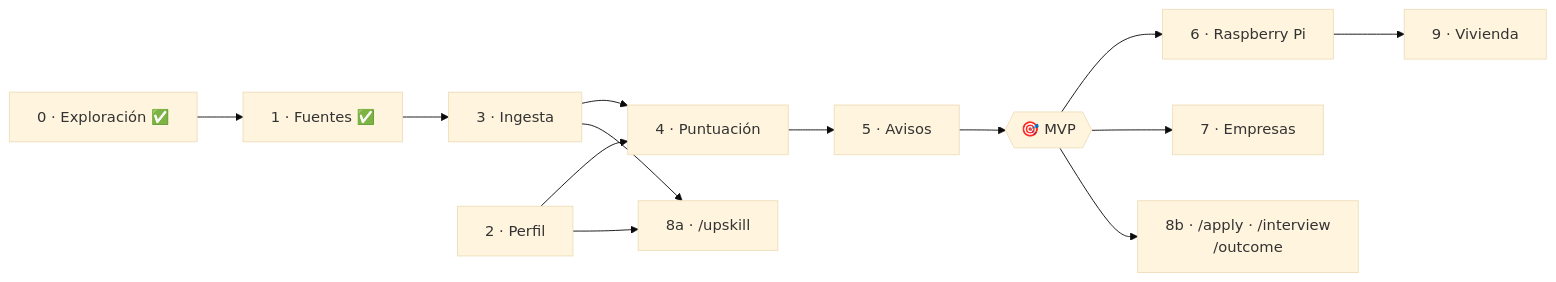
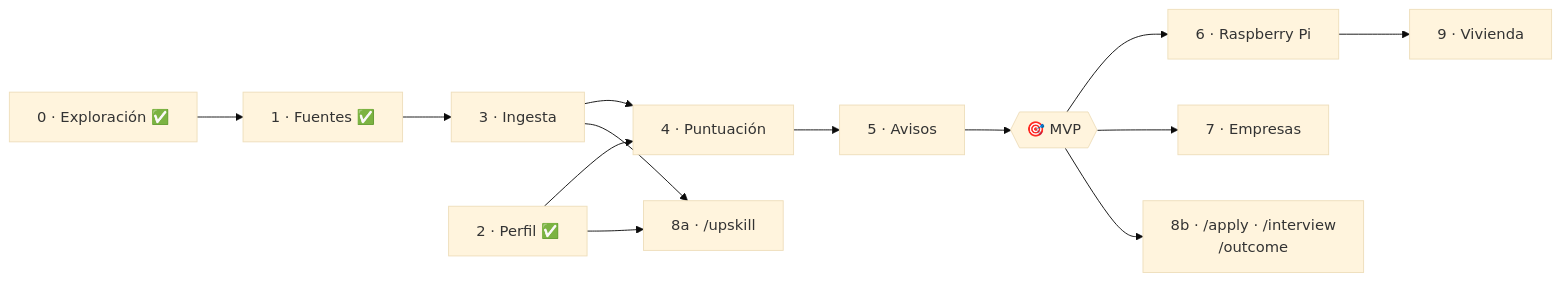
One commit to rubenhig/job-radar changed the third of 3 diagrams in docs/arquitectura.md. Above: the diagram before and after it, drawn with Mermaid (base theme). The commit also changed other lines of this file and 1 other file, not shown here.

Commit message:
Cierre de la Fase 2 (perfil)

````diff
--- a/docs/arquitectura.md
+++ b/docs/arquitectura.md
@@ -153,13 +153,13 @@
 ```mermaid
 flowchart LR
     F0[0 · Exploración ✅] --> F1[1 · Fuentes ✅]
     F1 --> F3[3 · Ingesta]
-    F2[2 · Perfil] --> F4[4 · Puntuación]
+    F2[2 · Perfil ✅] --> F4[4 · Puntuación]
     F3 --> F4 --> F5[5 · Avisos]
     F5 --> MVP{{🎯 MVP}}
     F3 & F2 --> F8a["8a · /upskill"]
     MVP --> F6[6 · Raspberry Pi]
     MVP --> F7[7 · Empresas]
     MVP --> F8b["8b · /apply · /interview<br/>/outcome"]
     F6 --> F9[9 · Vivienda]
 ```
````
